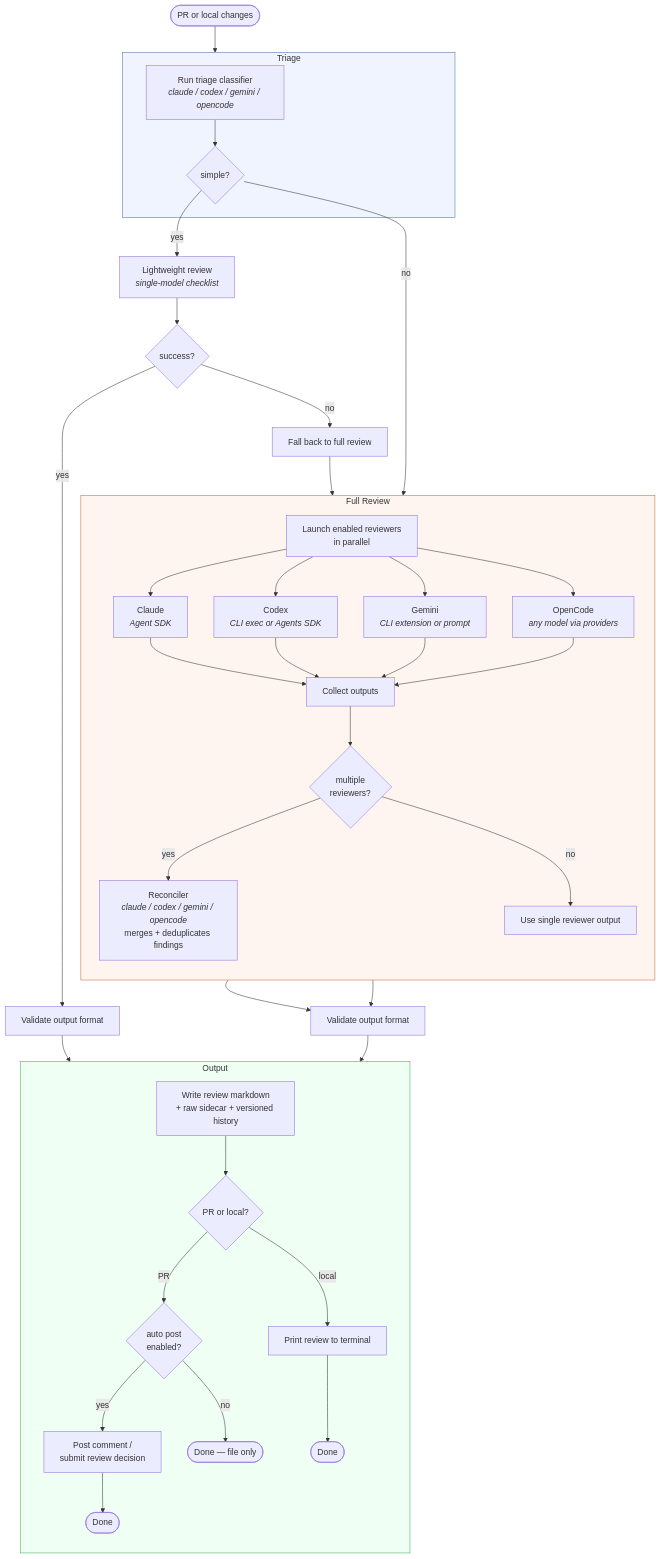
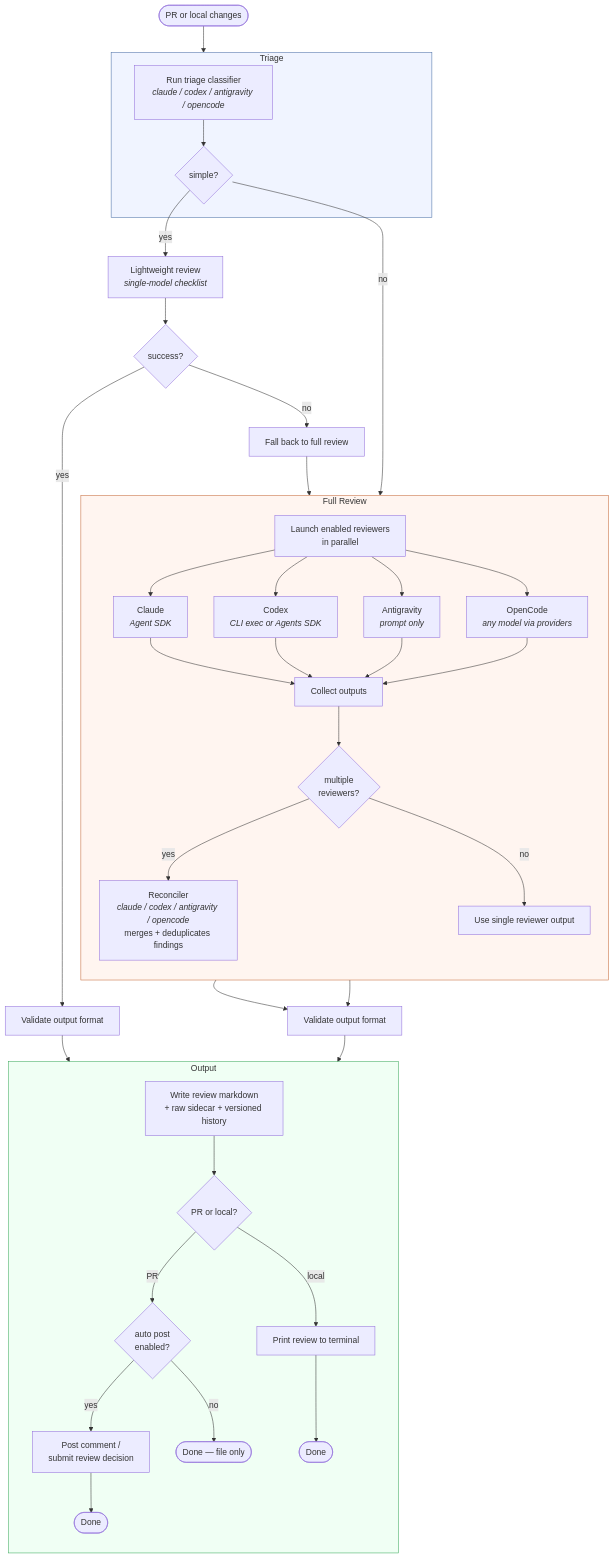
The diagram in README.md (Inkvi/code-reviewer), drawn with Mermaid before and after one commit. The commit also changed other lines of this file and 2 other files, not shown here.

Commit message:
docs: document antigravity backend, drop gemini

````diff
--- a/README.md
+++ b/README.md
@@ -321,56 +319,56 @@
 ```mermaid
 flowchart TD
     Start([PR or local changes]) --> Triage
 
     subgraph Triage
-        T[Run triage classifier<br><i>claude / codex / gemini / opencode</i>]
+        T[Run triage classifier<br><i>claude / codex / antigravity / opencode</i>]
         T --> Simple{simple?}
     end
 
     Simple -->|yes| LW[Lightweight review<br><i>single-model checklist</i>]
     LW --> LWValid{success?}
     LWValid -->|yes| Validate1[Validate output format]
     LWValid -->|no| Fallback[Fall back to full review]
     Validate1 --> Output
 
     Simple -->|no| FullReview
     Fallback --> FullReview
 
     subgraph FullReview [Full Review]
         direction TB
         Launch[Launch enabled reviewers<br>in parallel]
         Launch --> Claude[Claude<br><i>Agent SDK</i>]
         Launch --> Codex[Codex<br><i>CLI exec or Agents SDK</i>]
-        Launch --> Gemini[Gemini<br><i>CLI extension or prompt</i>]
+        Launch --> Antigravity[Antigravity<br><i>prompt only</i>]
         Launch --> OpenCode[OpenCode<br><i>any model via providers</i>]
 
         Claude --> Collect[Collect outputs]
         Codex --> Collect
-        Gemini --> Collect
+        Antigravity --> Collect
         OpenCode --> Collect
 
         Collect --> Multi{multiple<br>reviewers?}
-        Multi -->|yes| Reconcile[Reconciler<br><i>claude / codex / gemini / opencode</i><br>merges + deduplicates findings]
+        Multi -->|yes| Reconcile[Reconciler<br><i>claude / codex / antigravity / opencode</i><br>merges + deduplicates findings]
         Multi -->|no| Single[Use single reviewer output]
     end
 
     Reconcile --> Validate2[Validate output format]
     Single --> Validate2
     Validate2 --> Output
 
     subgraph Output [Output]
         direction TB
         Write[Write review markdown<br>+ raw sidecar + versioned history]
         Write --> Mode{PR or local?}
         Mode -->|PR| Publish{auto post<br>enabled?}
         Publish -->|yes| Post[Post comment /<br>submit review decision]
         Publish -->|no| Done1([Done — file only])
         Post --> Done2([Done])
         Mode -->|local| Print[Print review to terminal]
         Print --> Done3([Done])
     end
 
     style Triage fill:#f0f4ff,stroke:#4a6fa5
     style FullReview fill:#fff5f0,stroke:#c56a3a
     style Output fill:#f0fff4,stroke:#3aaa5b
 ```
````
